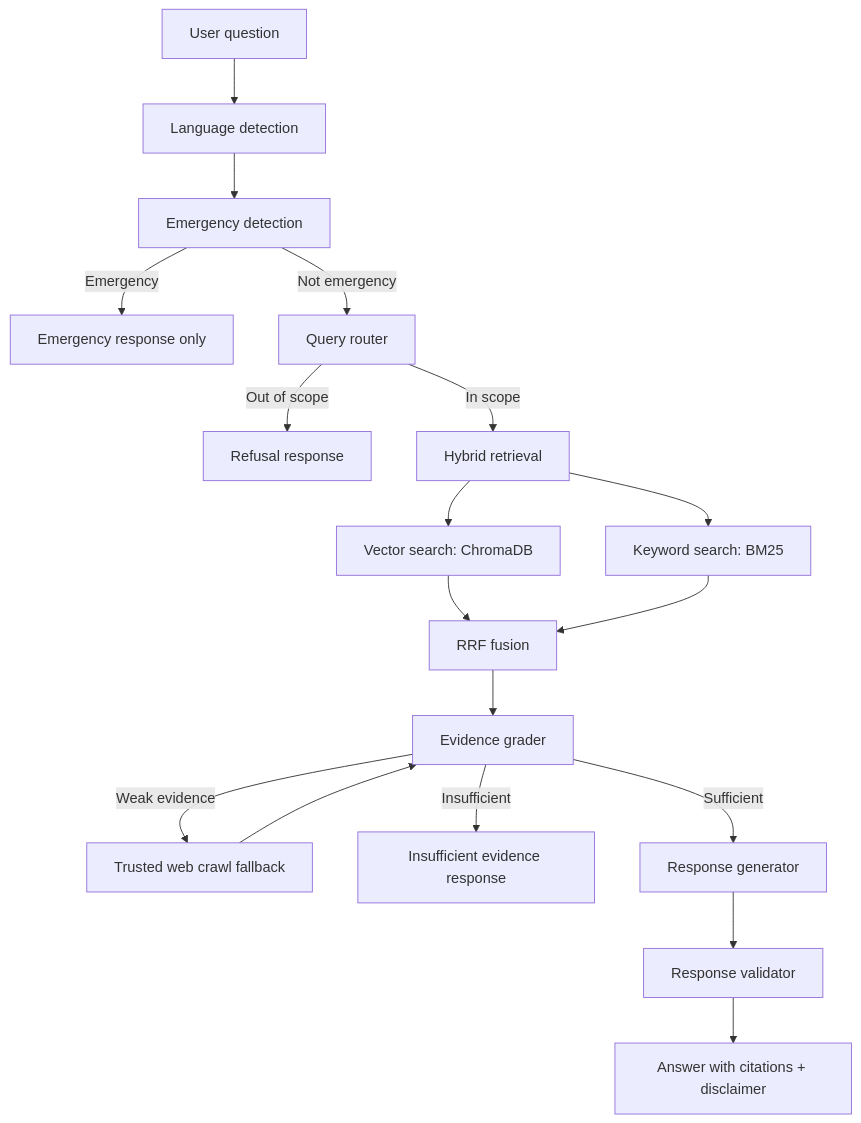
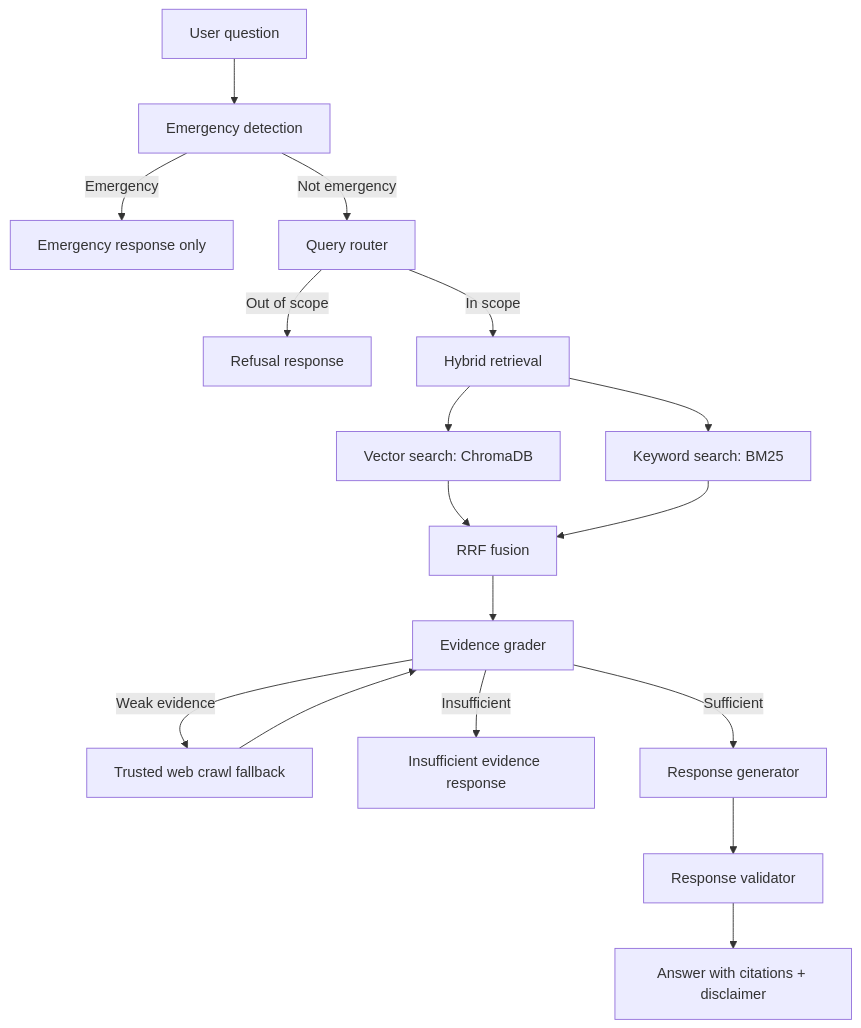
One commit to hohiphop1234/Intelligent-Medical-Assistant-for-Healthcare-Consultation changed the diagram in README.md. Above: the diagram before and after it, drawn with Mermaid. The commit also changed other lines of this file and 14 other files, not shown here.

````diff
--- a/README.md
+++ b/README.md
@@ -102,20 +100,19 @@
 ```mermaid
 flowchart TD
-    A["User question"] --> B["Language detection"]
-    B --> C["Emergency detection"]
+    A["User question"] --> C["Emergency detection"]
     C -->|Emergency| D["Emergency response only"]
     C -->|Not emergency| E["Query router"]
     E -->|Out of scope| F["Refusal response"]
     E -->|In scope| G["Hybrid retrieval"]
     G --> H["Vector search: ChromaDB"]
     G --> I["Keyword search: BM25"]
     H --> J["RRF fusion"]
     I --> J
     J --> K["Evidence grader"]
     K -->|Weak evidence| L["Trusted web crawl fallback"]
     L --> K
     K -->|Insufficient| M["Insufficient evidence response"]
     K -->|Sufficient| N["Response generator"]
     N --> O["Response validator"]
     O --> P["Answer with citations + disclaimer"]
 ```
````
